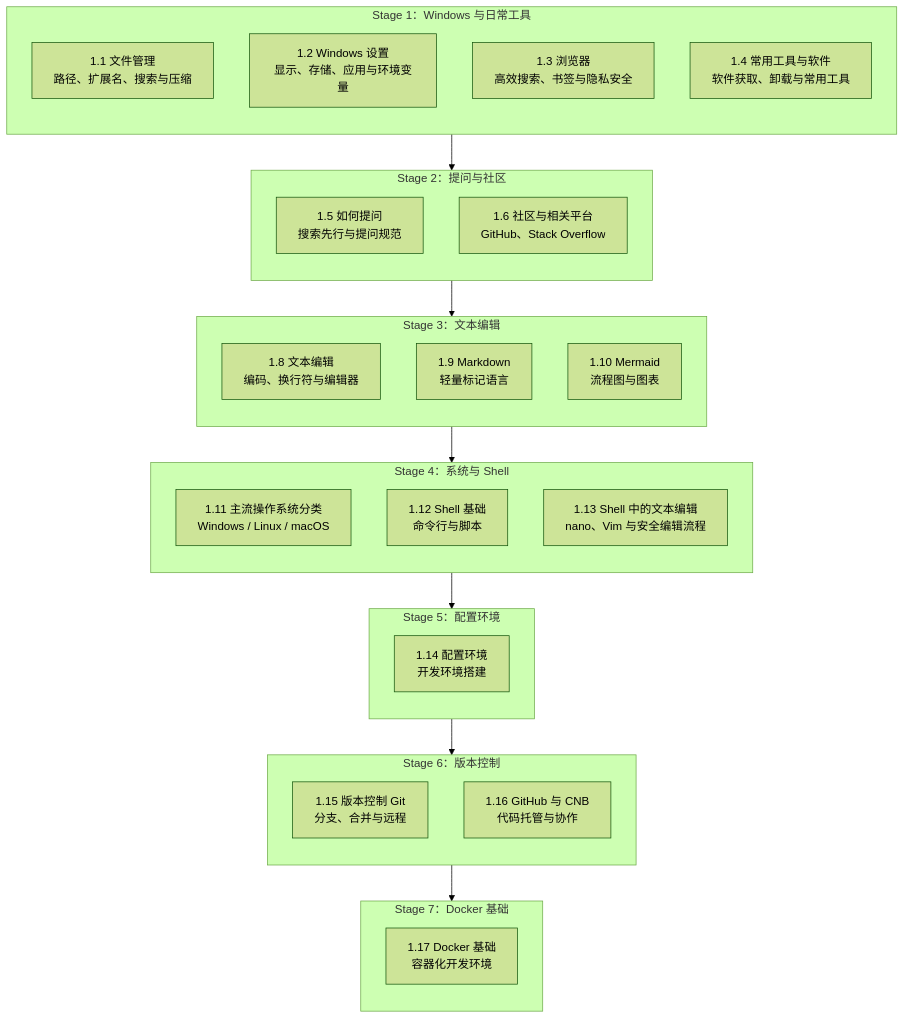
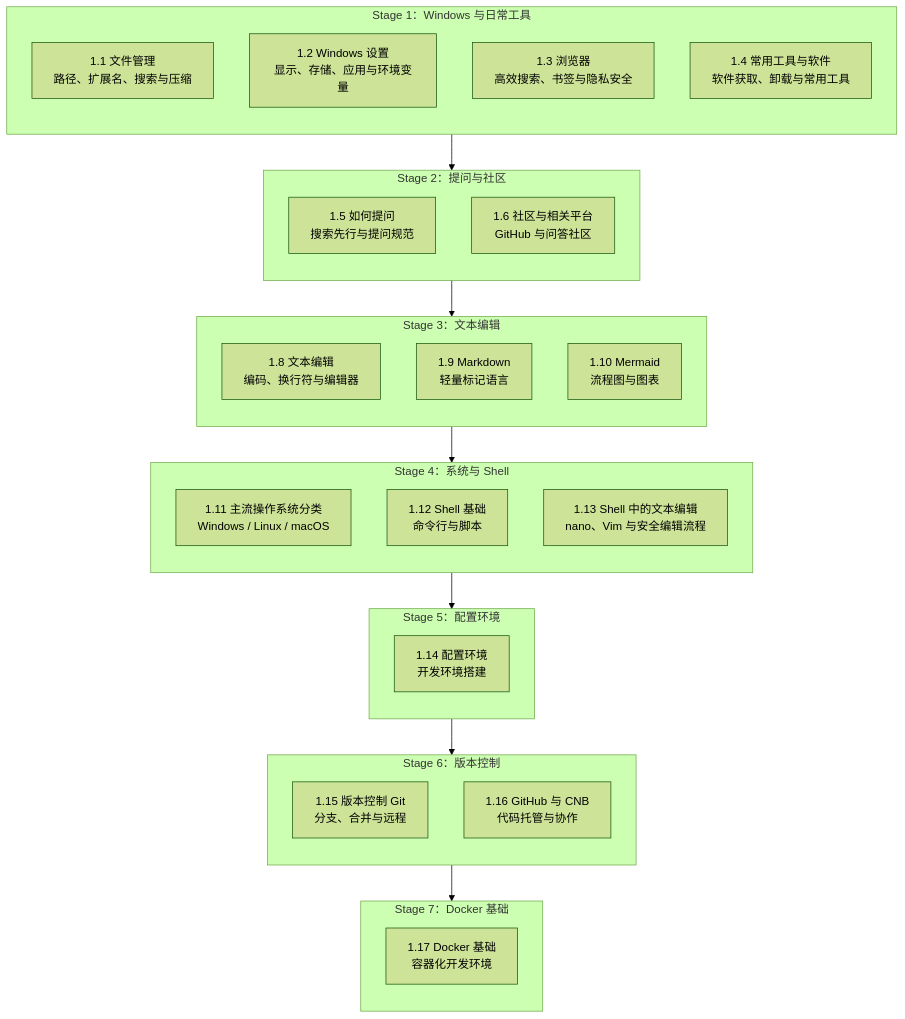
One commit to SSJ-ZYJ/Neoverse-Doc changed the diagram in content/docs/zh/ch1/index.mdx. Above: the diagram before and after it, drawn with Mermaid (forest theme). The commit also changed other lines of this file and 3 other files, not shown here.

````diff
--- a/content/docs/zh/ch1/index.mdx
+++ b/content/docs/zh/ch1/index.mdx
@@ -26,48 +26,48 @@
 ```mermaid
 flowchart TD
     subgraph S1[Stage 1：Windows 与日常工具]
         direction TB
         S1_1["1.1 文件管理<br/>路径、扩展名、搜索与压缩"]
         S1_2["1.2 Windows 设置<br/>显示、存储、应用与环境变量"]
         S1_3["1.3 浏览器<br/>高效搜索、书签与隐私安全"]
         S1_4["1.4 常用工具与软件<br/>软件获取、卸载与常用工具"]
     end
 
     subgraph S2[Stage 2：提问与社区]
         direction TB
         S2_1["1.5 如何提问<br/>搜索先行与提问规范"]
-        S2_2["1.6 社区与相关平台<br/>GitHub、Stack Overflow"]
+        S2_2["1.6 社区与相关平台<br/>GitHub 与问答社区"]
     end
 
     subgraph S3[Stage 3：文本编辑]
         direction TB
         S3_1["1.8 文本编辑<br/>编码、换行符与编辑器"]
         S3_2["1.9 Markdown<br/>轻量标记语言"]
         S3_3["1.10 Mermaid<br/>流程图与图表"]
     end
 
     subgraph S4[Stage 4：系统与 Shell]
         direction TB
         S4_1["1.11 主流操作系统分类<br/>Windows / Linux / macOS"]
         S4_2["1.12 Shell 基础<br/>命令行与脚本"]
         S4_3["1.13 Shell 中的文本编辑<br/>nano、Vim 与安全编辑流程"]
     end
 
     subgraph S5[Stage 5：配置环境]
         direction TB
         S5_1["1.14 配置环境<br/>开发环境搭建"]
     end
 
     subgraph S6[Stage 6：版本控制]
         direction TB
         S6_1["1.15 版本控制 Git<br/>分支、合并与远程"]
         S6_2["1.16 GitHub 与 CNB<br/>代码托管与协作"]
     end
 
     subgraph S7[Stage 7：Docker 基础]
         direction TB
         S7_1["1.17 Docker 基础<br/>容器化开发环境"]
     end
 
     S1 --> S2 --> S3 --> S4 --> S5 --> S6 --> S7
 ```
````
